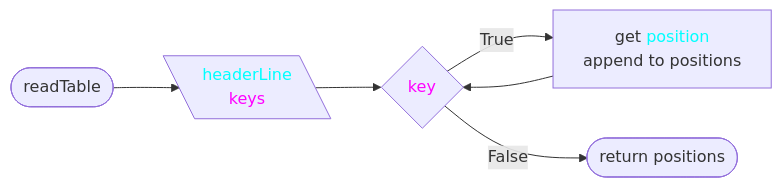
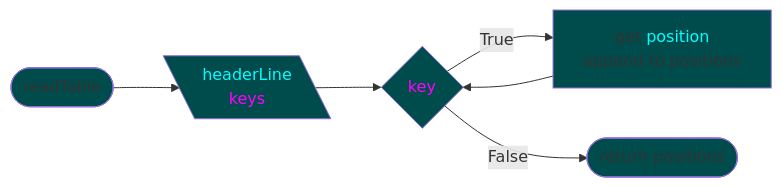
The fifth of 20 diagrams in scripts/table/design.md (7s4e/p3), drawn with Mermaid before and after one commit. The commit also changed other lines of this file, not shown here.

````diff
--- a/scripts/table/design.md
+++ b/scripts/table/design.md
@@ -174,15 +167,16 @@
 ```mermaid
 flowchart LR
-    STR([readTable])
+    classDef fill fill:#004c4c
+    STR([readTable]):::fill
         STR --> INP
     INP[\"<span style='color:cyan;'>headerLine</span>
-         <span style='color:magenta;'>keys</span>"\]
+         <span style='color:magenta;'>keys</span>"\]:::fill
         INP --> KEY
-    KEY{<span style='color:magenta;'>key</span>}
+    KEY{<span style='color:magenta;'>key</span>}:::fill
         KEY -- True  --> POS
         POS          --> KEY
         KEY -- False --> END
     POS["get <span style='color:cyan;'>position</span>
-         append to positions"]
-    END([return positions])
+         append to positions"]:::fill
+    END([return positions]):::fill
 ```
````
